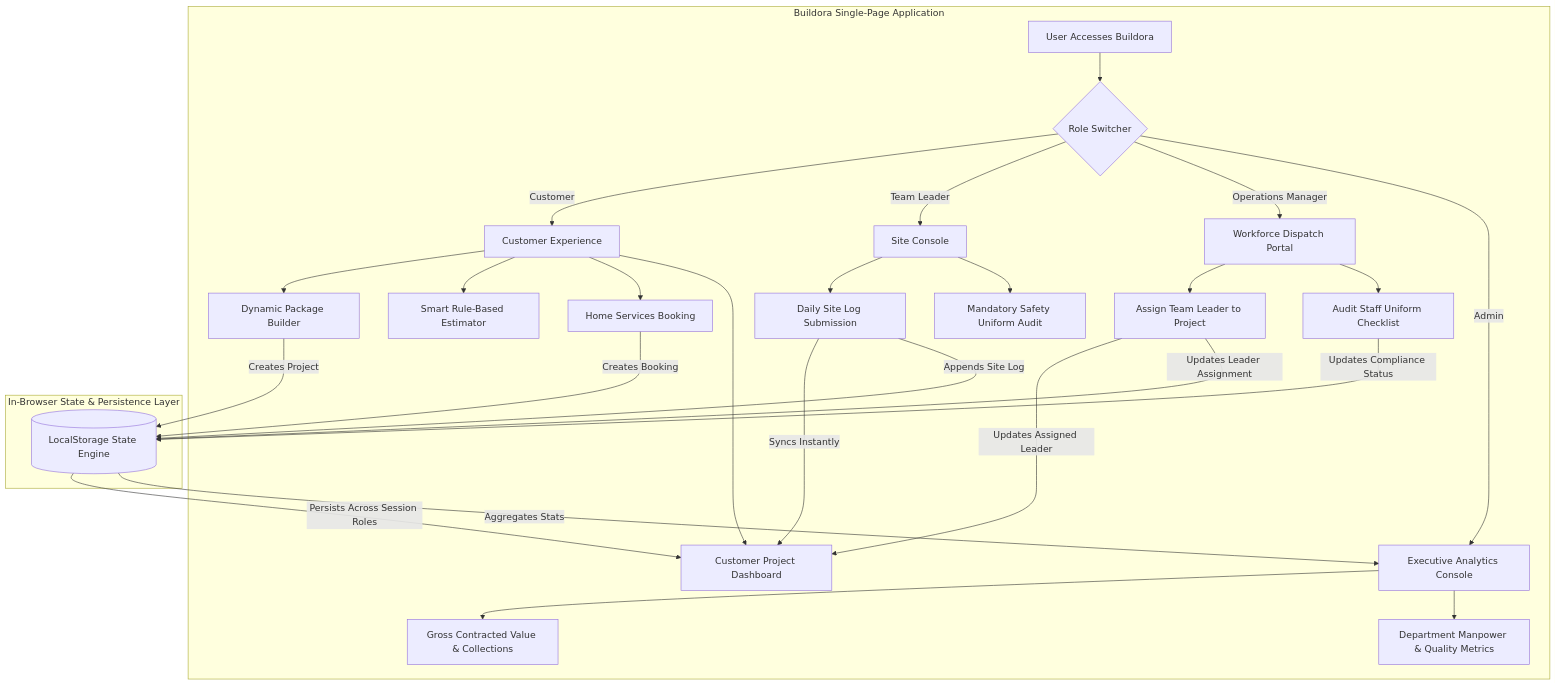
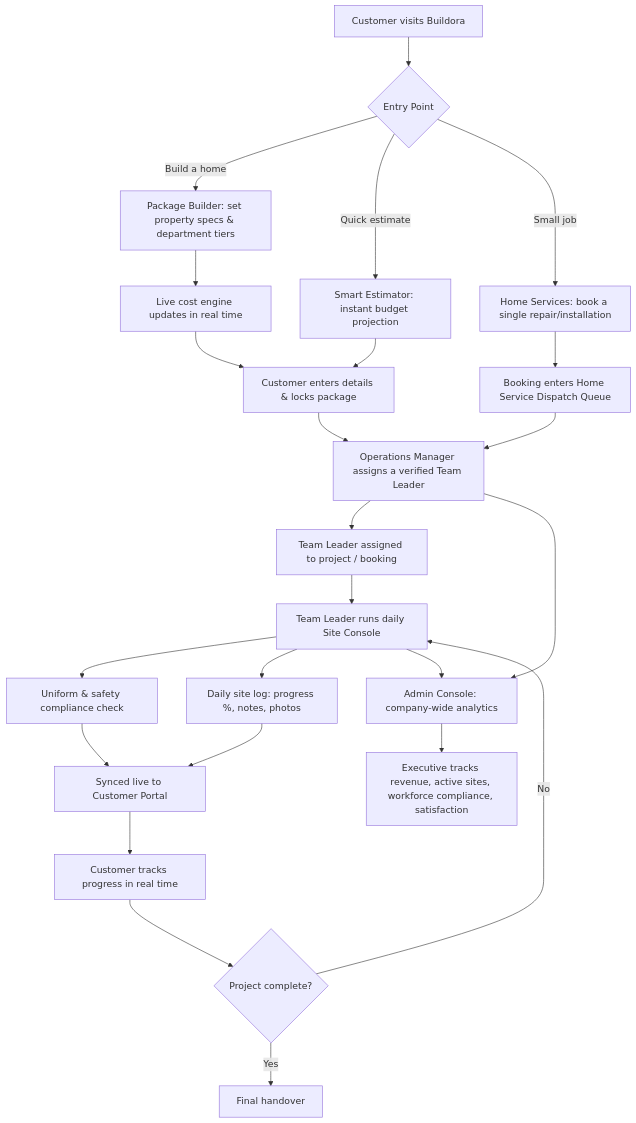
Before and after one commit to vanshiiii11/Buildora: the diagram in README.md, drawn with Mermaid. The commit also changed other lines of this file, not shown here.

Commit message:
Restore Buildora README with disclaimer and live demo section

````diff
--- a/README.md
+++ b/README.md
@@ -78,36 +101,26 @@
 ```mermaid
 flowchart TD
-    subgraph Client_App["Buildora Single-Page Application"]
-        A[User Accesses Buildora] --> B{Role Switcher}
-
-        B -->|Customer| C[Customer Experience]
-        C --> C1[Dynamic Package Builder]
-        C --> C2[Smart Rule-Based Estimator]
-        C --> C3[Home Services Booking]
-        C --> C4[Customer Project Dashboard]
-
-        B -->|Team Leader| D[Site Console]
-        D --> D1[Daily Site Log Submission]
-        D --> D2[Mandatory Safety Uniform Audit]
-        D1 -->|Syncs Instantly| C4
-
-        B -->|Operations Manager| E[Workforce Dispatch Portal]
-        E --> E1[Assign Team Leader to Project]
-        E --> E2[Audit Staff Uniform Checklist]
-        E1 -->|Updates Assigned Leader| C4
-
-        B -->|Admin| F[Executive Analytics Console]
-        F --> F1[Gross Contracted Value & Collections]
-        F --> F2[Department Manpower & Quality Metrics]
-    end
-
-    subgraph State_Engine["In-Browser State & Persistence Layer"]
-        C1 -->|Creates Project| S[(LocalStorage State Engine)]
-        C3 -->|Creates Booking| S
-        D1 -->|Appends Site Log| S
-        E1 -->|Updates Leader Assignment| S
-        E2 -->|Updates Compliance Status| S
-        S -->|Persists Across Session Roles| C4
-        S -->|Aggregates Stats| F
-    end
+    A[Customer visits Buildora] --> B{Entry Point}
+    B -- Build a home --> C[Package Builder: set property specs & department tiers]
+    B -- Quick estimate --> D[Smart Estimator: instant budget projection]
+    B -- Small job --> E[Home Services: book a single repair/installation]
+    C --> F[Live cost engine updates in real time]
+    F --> G[Customer enters details & locks package]
+    D --> G
+    E --> H[Booking enters Home Service Dispatch Queue]
+    G --> I[Operations Manager assigns a verified Team Leader]
+    H --> I
+    I --> J[Team Leader assigned to project / booking]
+    J --> K[Team Leader runs daily Site Console]
+    K --> L[Uniform & safety compliance check]
+    K --> M[Daily site log: progress %, notes, photos]
+    L --> N[Synced live to Customer Portal]
+    M --> N
+    N --> O[Customer tracks progress in real time]
+    O --> P{Project complete?}
+    P -- No --> K
+    P -- Yes --> Q[Final handover]
+    I --> R[Admin Console: company-wide analytics]
+    K --> R
+    R --> S[Executive tracks revenue, active sites, workforce compliance, satisfaction]
 ```
````
